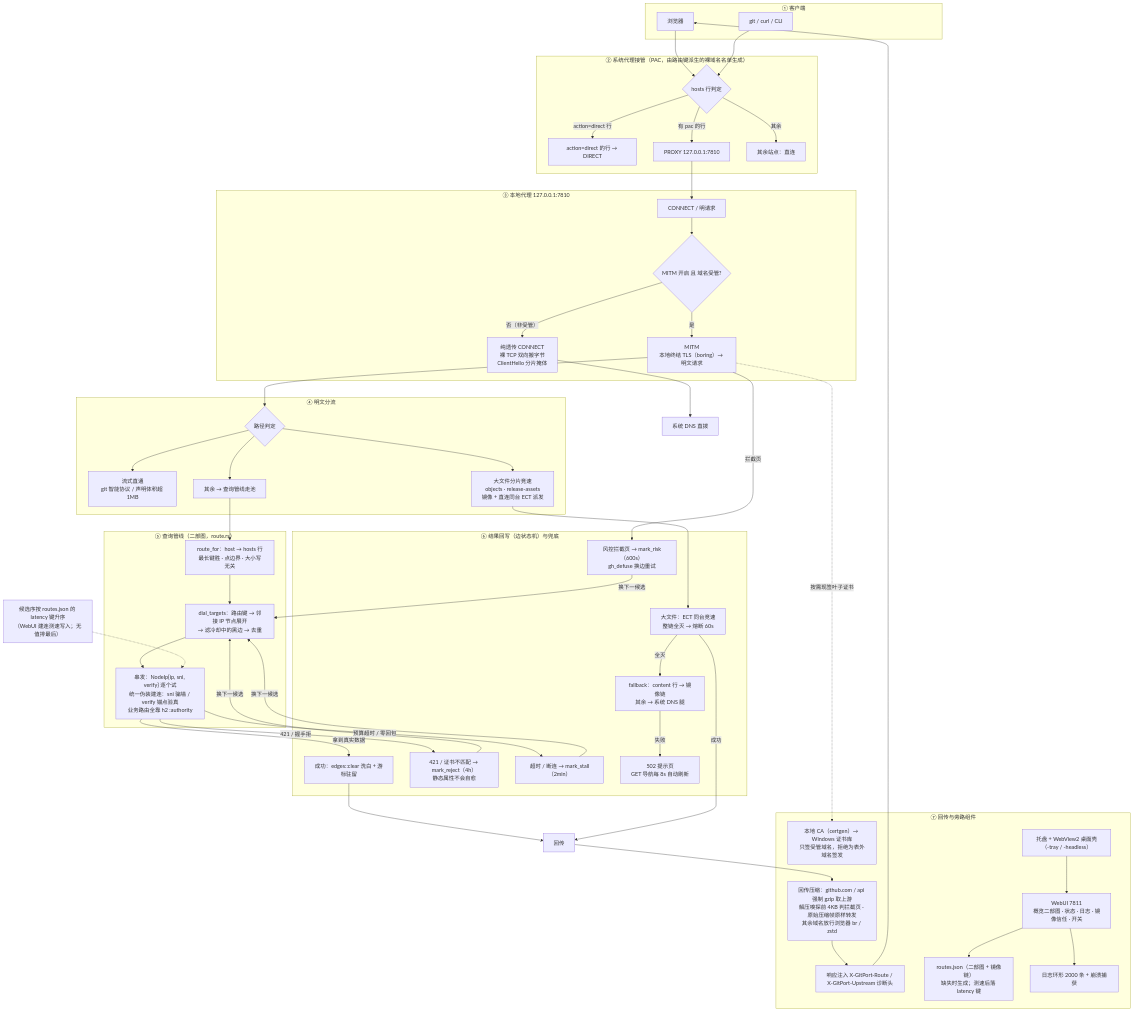
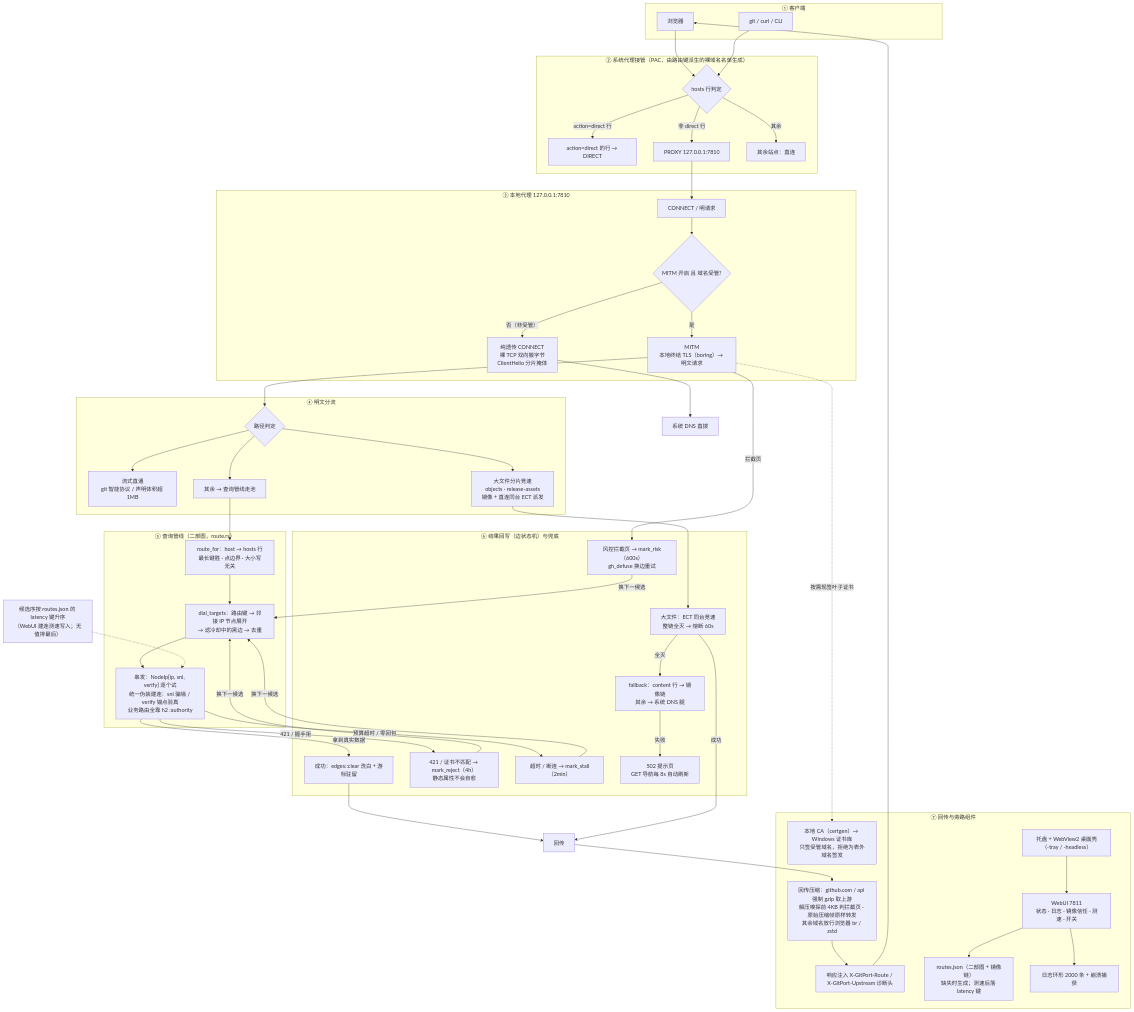
Before and after one commit to zhidian-cmd/gitport-github: the first of 2 diagrams in docs/ARCHITECTURE.md, drawn with Mermaid. The commit also changed other lines of this file and 5 other files, not shown here.

```diff
--- a/docs/ARCHITECTURE.md
+++ b/docs/ARCHITECTURE.md
@@ -19,7 +19,7 @@
     B --> P1
     G --> P1
     P1 -->|"action=direct 行"| DL
-    P1 -->|"有 pac 的行"| PX
+    P1 -->|"非 direct 行"| PX
     P1 -->|"其余"| OD
     subgraph L3["③ 本地代理 127.0.0.1:7810"]
         C1["CONNECT / 明请求"]
@@ -77,7 +77,7 @@
         R1b["回传压缩：github.com / api 强制 gzip 取上游<br/>解压嗅探前 4KB 判拦截页 · 原始压缩帧原样转发<br/>其余域名放行浏览器 br / zstd"]
         R2b["响应注入 X-GitPort-Route / X-GitPort-Upstream 诊断头"]
         CA["本地 CA（certgen）→ Windows 证书库<br/>只签受管域名，拒绝为表外域名签发"]
-        WUI["WebUI 7811<br/>概览二部图 · 状态 · 日志 · 镜像信任 · 开关"]
+        WUI["WebUI 7811<br/>状态 · 日志 · 镜像信任 · 测速 · 开关"]
         ROUTES["routes.json（二部图 + 镜像链）<br/>缺失时生成；测速后落 latency 键"]
         TRAY["托盘 + WebView2 桌面壳（-tray / -headless）"]
         LOG["日志环形 2000 条 + 崩溃捕获"]
```
